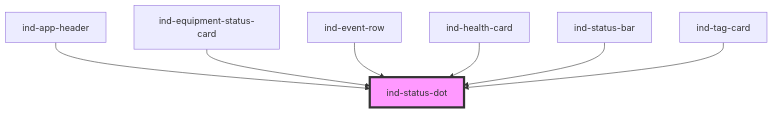
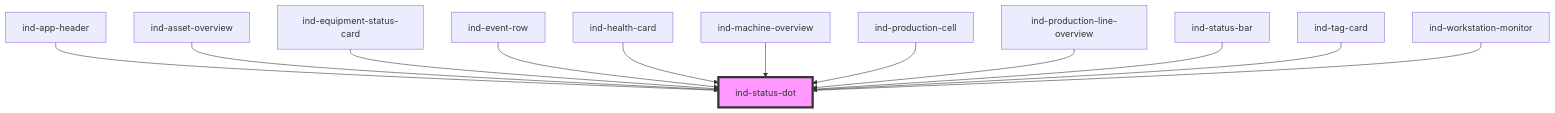
Before and after one commit to christophe77/in-ds: the diagram in packages/core/src/components/atoms/status-dot/readme.md, drawn with Mermaid. The commit also changed other lines of this file and 106 other files, not shown here.

````diff
--- a/packages/core/src/components/atoms/status-dot/readme.md
+++ b/packages/core/src/components/atoms/status-dot/readme.md
@@ -30,10 +35,15 @@
 ```mermaid
 graph TD;
   ind-app-header --> ind-status-dot
+  ind-asset-overview --> ind-status-dot
   ind-equipment-status-card --> ind-status-dot
   ind-event-row --> ind-status-dot
   ind-health-card --> ind-status-dot
+  ind-machine-overview --> ind-status-dot
+  ind-production-cell --> ind-status-dot
+  ind-production-line-overview --> ind-status-dot
   ind-status-bar --> ind-status-dot
   ind-tag-card --> ind-status-dot
+  ind-workstation-monitor --> ind-status-dot
   style ind-status-dot fill:#f9f,stroke:#333,stroke-width:4px
 ```
````
